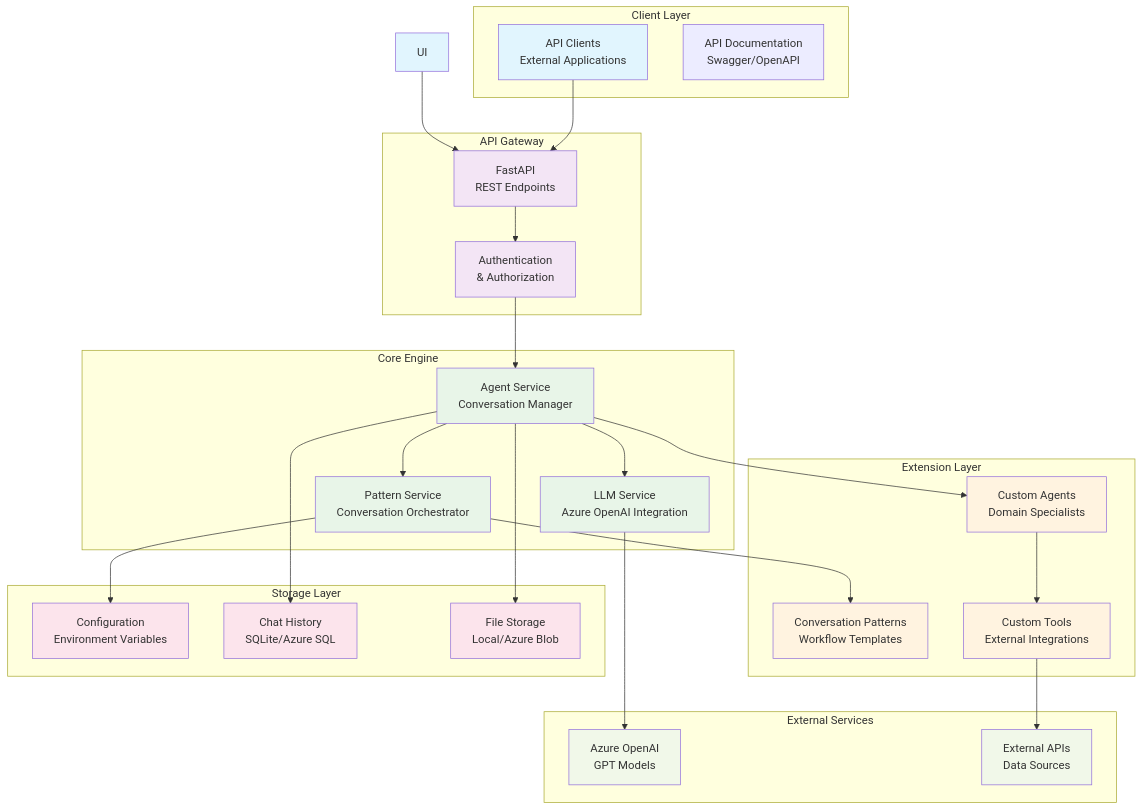
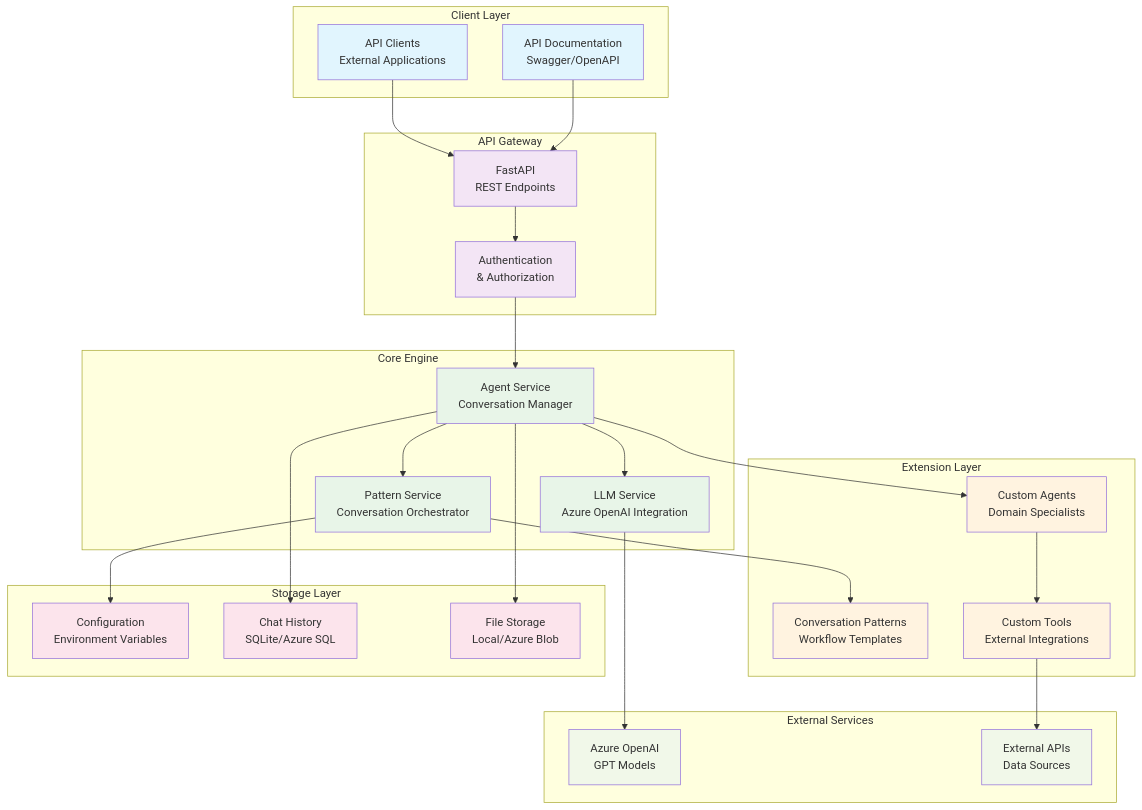
The first of 13 diagrams in docs/architecture/README.md (the-ingenious-dark-knight/Insight_Ingenious), drawn with Mermaid before and after one commit. The commit also changed 5 other files, not shown here.

````diff
--- a/docs/architecture/README.md
+++ b/docs/architecture/README.md
@@ -20,64 +20,64 @@
 ```mermaid
 graph TB
     subgraph "Client Layer"
         API_CLIENT[API Clients<br/>External Applications]
         DOCS[API Documentation<br/>Swagger/OpenAPI]
     end
 
     subgraph "API Gateway"
         API[FastAPI<br/>REST Endpoints]
         AUTH[Authentication<br/>& Authorization]
     end
 
     subgraph "Core Engine"
         AGENT_SERVICE[Agent Service<br/>Conversation Manager]
         PATTERN_SERVICE[Pattern Service<br/>Conversation Orchestrator]
         LLM_SERVICE[LLM Service<br/>Azure OpenAI Integration]
     end
 
     subgraph "Extension Layer"
         CUSTOM_AGENTS[Custom Agents<br/>Domain Specialists]
         PATTERNS[Conversation Patterns<br/>Workflow Templates]
         TOOLS[Custom Tools<br/>External Integrations]
     end
 
     subgraph "Storage Layer"
         CONFIG[Configuration<br/>Environment Variables]
         HISTORY[Chat History<br/>SQLite/Azure SQL]
         FILES[File Storage<br/>Local/Azure Blob]
     end
 
     subgraph "External Services"
         AZURE[Azure OpenAI<br/>GPT Models]
         EXTERNAL_API[External APIs<br/>Data Sources]
     end
 
-    UI --> API
     API_CLIENT --> API
+    DOCS --> API
     API --> AUTH
     AUTH --> AGENT_SERVICE
     AGENT_SERVICE --> PATTERN_SERVICE
     AGENT_SERVICE --> LLM_SERVICE
     PATTERN_SERVICE --> PATTERNS
     AGENT_SERVICE --> CUSTOM_AGENTS
     CUSTOM_AGENTS --> TOOLS
     LLM_SERVICE --> AZURE
     TOOLS --> EXTERNAL_API
     AGENT_SERVICE --> HISTORY
     PATTERN_SERVICE --> CONFIG
     AGENT_SERVICE --> FILES
 
     classDef clientLayer fill:#e1f5fe
     classDef apiLayer fill:#f3e5f5
     classDef coreLayer fill:#e8f5e8
     classDef extensionLayer fill:#fff3e0
     classDef storageLayer fill:#fce4ec
     classDef externalLayer fill:#f1f8e9
 
-    class UI,API_CLIENT clientLayer
+    class API_CLIENT,DOCS clientLayer
     class API,AUTH apiLayer
     class AGENT_SERVICE,PATTERN_SERVICE,LLM_SERVICE coreLayer
     class CUSTOM_AGENTS,PATTERNS,TOOLS extensionLayer
     class CONFIG,HISTORY,FILES storageLayer
     class AZURE,EXTERNAL_API externalLayer
 ```
````
